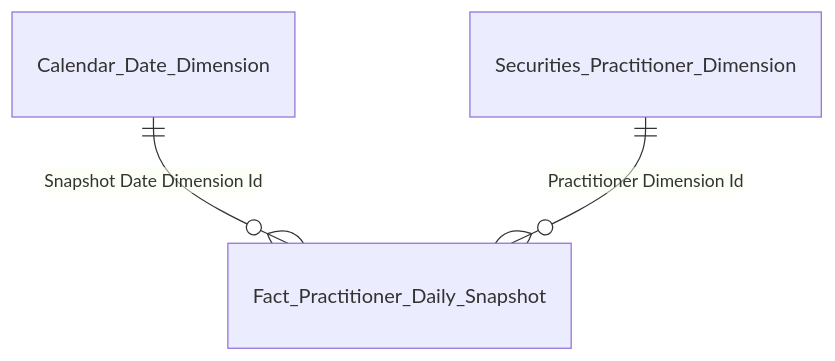
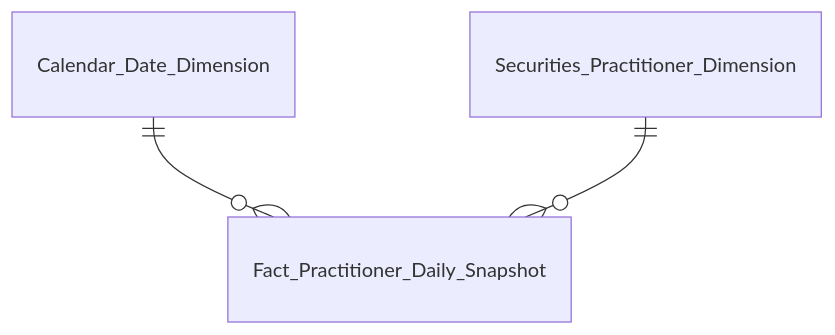
Before and after one commit to linhlvit/ubck_atomic_design: the third of 6 diagrams in Datamart/hld/DTM_NHNCK_Entities.md, drawn with Mermaid. The commit also changed other lines of this file and 25 other files, not shown here.

````diff
--- a/Datamart/hld/DTM_NHNCK_Entities.md
+++ b/Datamart/hld/DTM_NHNCK_Entities.md
@@ -67,5 +66,5 @@
 ```mermaid
 erDiagram
-    Calendar_Date_Dimension ||--o{ Fact_Practitioner_Daily_Snapshot : "Snapshot Date Dimension Id"
-    Securities_Practitioner_Dimension ||--o{ Fact_Practitioner_Daily_Snapshot : "Practitioner Dimension Id"
+    Calendar_Date_Dimension ||--o{ Fact_Practitioner_Daily_Snapshot : " "
+    Securities_Practitioner_Dimension ||--o{ Fact_Practitioner_Daily_Snapshot : " "
 ```
````
